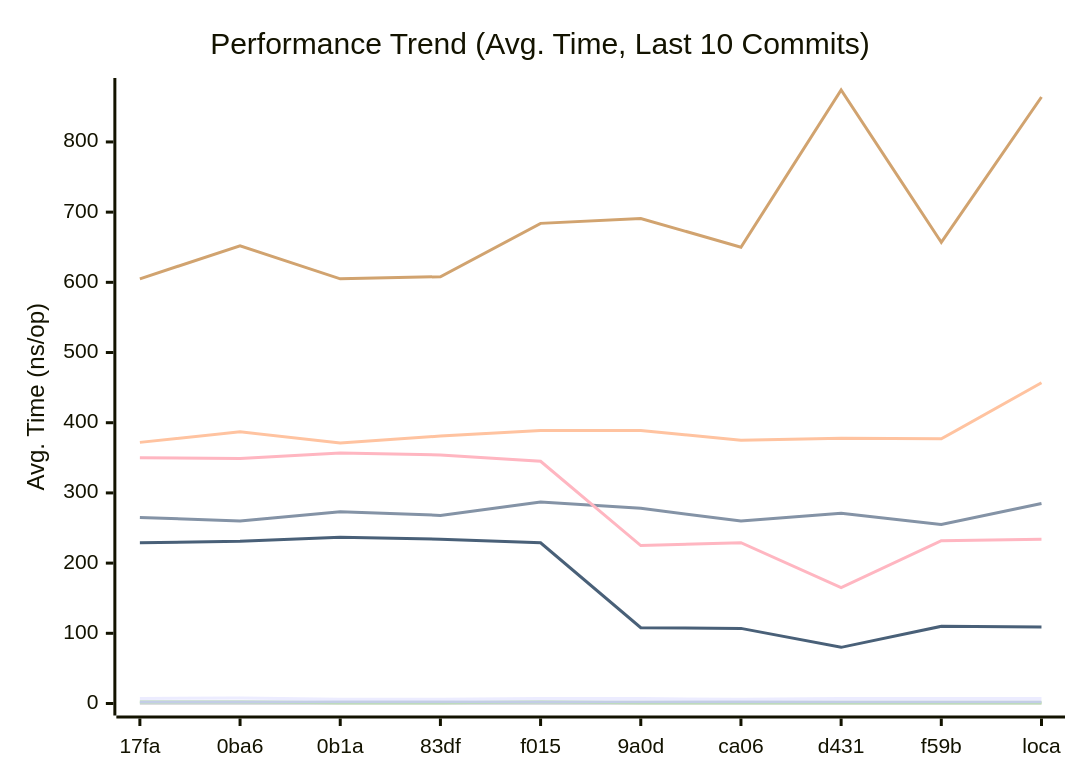
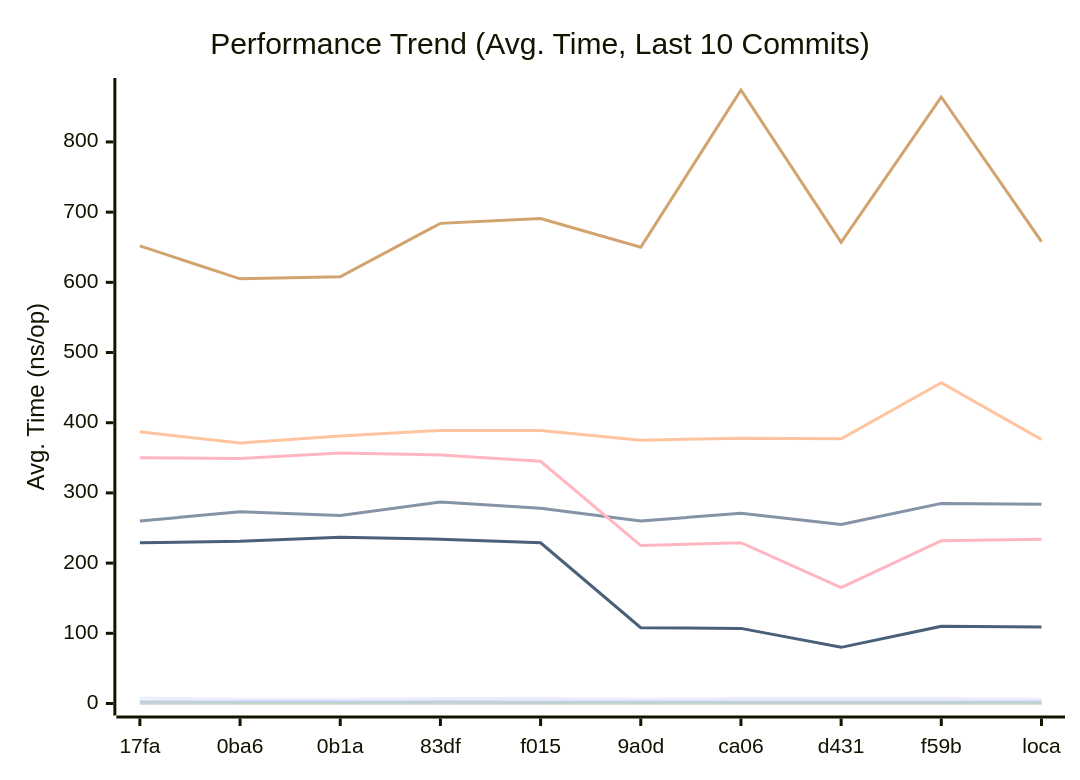
Before and after one commit to alsotoes/momo: the first of 3 diagrams in docs/PERFORMANCE.md, drawn with Mermaid. The commit also changed other lines of this file and 2 other files, not shown here.

````diff
--- a/docs/PERFORMANCE.md
+++ b/docs/PERFORMANCE.md
@@ -80,16 +80,16 @@
 ```mermaid
 xychart-beta
     title "Performance Trend (Avg. Time, Last 10 Commits)"
     x-axis "Commit"
     y-axis "Avg. Time (ns/op)"
     x-axis [17fa,0ba6,0b1a,83df,f015,9a0d,ca06,d431,f59b,loca]
-    line "CheckMetricsAndSwap" [7,8,6,6,7,7,6,7,7,7]
-    line "CrushOptimized" [265,260,273,268,287,278,260,271,255,285]
-    line "CrushOriginal" [372,387,371,381,389,389,375,378,377,457]
+    line "CheckMetricsAndSwap" [8,6,6,7,7,6,7,7,7,6]
+    line "CrushOptimized" [260,273,268,287,278,260,271,255,285,284]
+    line "CrushOriginal" [387,371,381,389,389,375,378,377,457,376]
     line "IndexDirectTracking" [0,0,0,0,0,0,0,0,0,0]
-    line "IndexSearch" [2,2,1,1,2,1,1,1,1,1]
-    line "LoadGlobalConfig" [605,652,605,608,684,691,650,874,657,864]
+    line "IndexSearch" [2,1,1,2,1,1,1,1,1,1]
+    line "LoadGlobalConfig" [652,605,608,684,691,650,874,657,864,658]
     line "PadString" [2,2,2,2,2,2,2,2,2,2]
     line "ParseReplicationOrder_NoPrealloc" [350,349,357,354,345,225,229,165,232,234]
     line "ParseReplicationOrder_Prealloc" [229,231,237,234,229,108,107,80,110,109]
 ```
````
